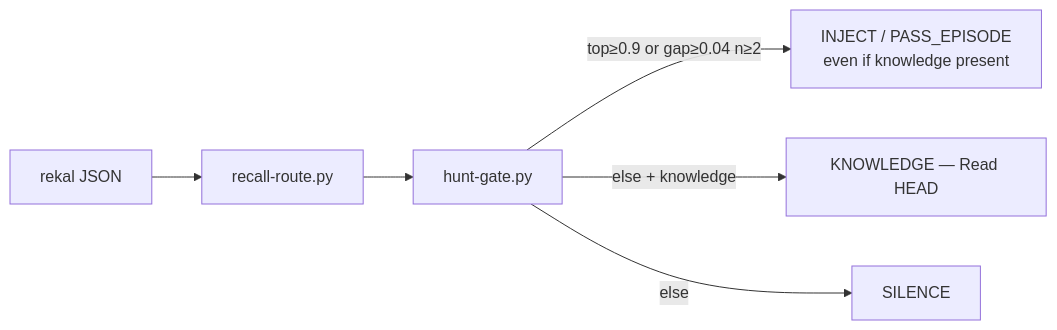
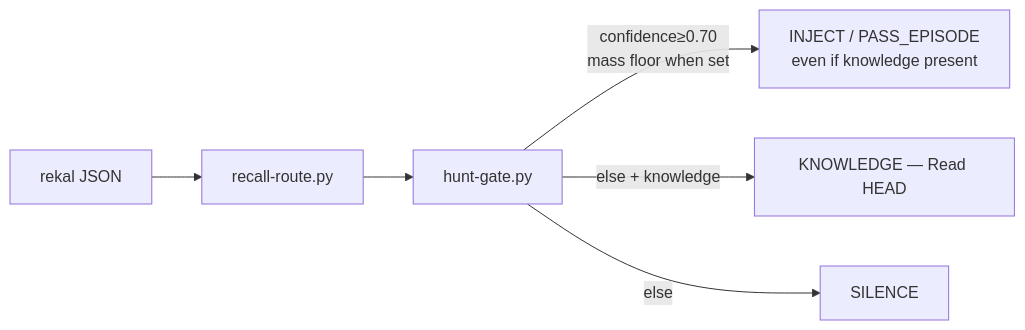
The third of 4 diagrams in docs/design/skill-router.md (rekal-dev/rekal-cli), drawn with Mermaid before and after one commit. The commit also changed other lines of this file and 16 other files, not shown here.

````diff
--- a/docs/design/skill-router.md
+++ b/docs/design/skill-router.md
@@ -52,8 +53,8 @@
 ```mermaid
 flowchart LR
   r["rekal JSON"] --> rr["recall-route.py"]
   rr --> hg["hunt-gate.py"]
-  hg -->|top≥0.9 or gap≥0.04 n≥2| i["INJECT / PASS_EPISODE<br/>even if knowledge present"]
+  hg -->|confidence≥0.70<br/>mass floor when set| i["INJECT / PASS_EPISODE<br/>even if knowledge present"]
   hg -->|else + knowledge| k["KNOWLEDGE — Read HEAD"]
   hg -->|else| s["SILENCE"]
 ```
````
